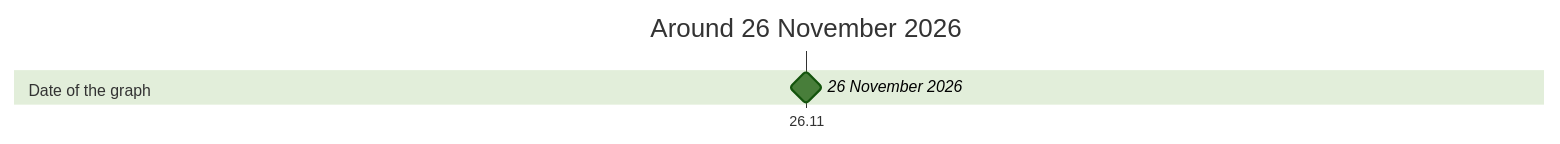
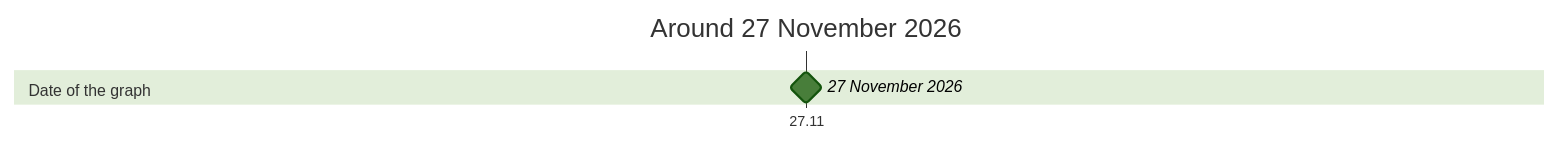
One commit to advancedcognitivesystems-ai/trame changed the diagram in libs/data/docs/timeline.md. Above: the diagram before and after it, drawn with Mermaid (forest theme). The commit also changed other lines of this file and 441 other files, not shown here.

First line of the commit message:
Every choice backed by an architecture decision; one comparison of builds

````diff
--- a/libs/data/docs/timeline.md
+++ b/libs/data/docs/timeline.md
@@ -5,8 +5,8 @@
 ```mermaid
 gantt
   dateFormat YYYY-MM-DD
   axisFormat %d.%m
-  title Around 26 November 2026
+  title Around 27 November 2026
   section Date of the graph
-    26 November 2026 : milestone, 2026-11-26, 0d
+    27 November 2026 : milestone, 2026-11-27, 0d
 ```
````
